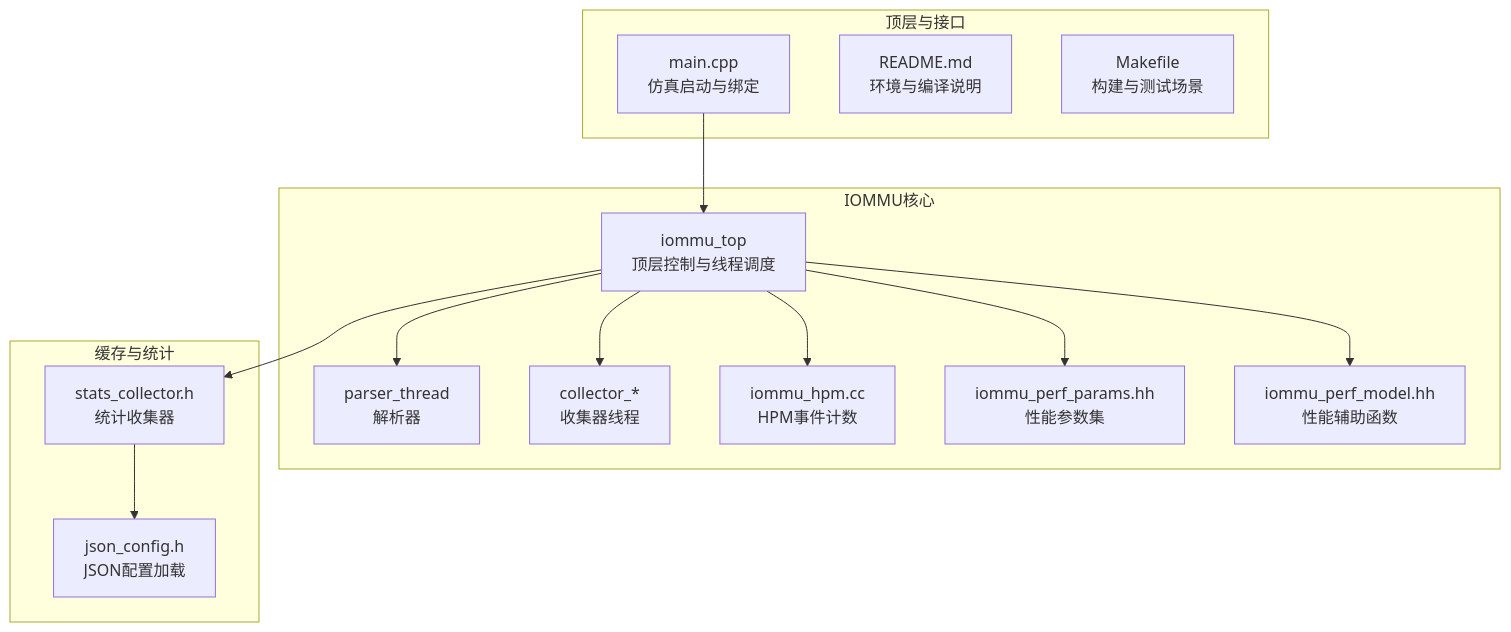
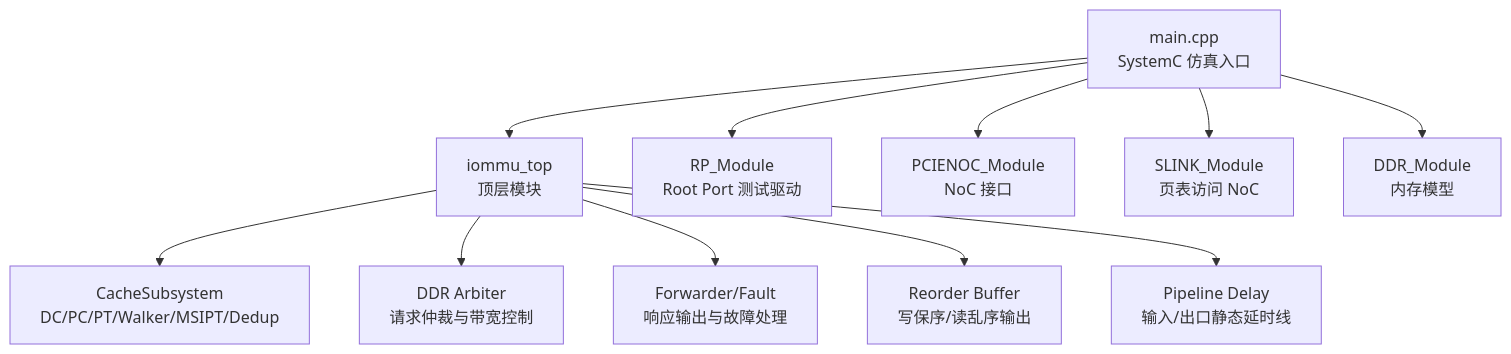
The first of 6 diagrams in .qoder/repowiki/zh/content/性能模型/性能分析工具.md (jiangjiang1122/iommu_model_20260401_v1), drawn with Mermaid before and after one commit. The commit also changed other lines of this file and 55 other files, not shown here.

First line of the commit message:
perf(iommu): 去重单元机制v2全场景落地 严格优先仲裁UPD>INS>REQ + UPDATE可变原子段

````diff
--- a/.qoder/repowiki/zh/content/性能模型/性能分析工具.md
+++ b/.qoder/repowiki/zh/content/性能模型/性能分析工具.md
@@ -63,28 +41,13 @@
 ```mermaid
 graph TB
-subgraph "顶层与接口"
-MAIN["main.cpp<br/>仿真启动与绑定"]
-README["README.md<br/>环境与编译说明"]
-MK["Makefile<br/>构建与测试场景"]
-end
-subgraph "IOMMU核心"
-TOP["iommu_top<br/>顶层控制与线程调度"]
-PARSER["parser_thread<br/>解析器"]
-COL["collector_*<br/>收集器线程"]
-HPM["iommu_hpm.cc<br/>HPM事件计数"]
-PARAMS["iommu_perf_params.hh<br/>性能参数集"]
-PERFDEF["iommu_perf_model.hh<br/>性能辅助函数"]
-end
-subgraph "缓存与统计"
-STATS["stats_collector.h<br/>统计收集器"]
-JSONCFG["json_config.h<br/>JSON配置加载"]
-end
-MAIN --> TOP
-TOP --> PARSER
-TOP --> COL
-TOP --> HPM
-TOP --> PARAMS
-TOP --> PERFDEF
-TOP --> STATS
-STATS --> JSONCFG
+A["main.cpp<br/>SystemC 仿真入口"] --> B["iommu_top<br/>顶层模块"]
+B --> C["CacheSubsystem<br/>DC/PC/PT/Walker/MSIPT/Dedup"]
+B --> D["DDR Arbiter<br/>请求仲裁与带宽控制"]
+B --> E["Forwarder/Fault<br/>响应输出与故障处理"]
+B --> F["Reorder Buffer<br/>写保序/读乱序输出"]
+B --> G["Pipeline Delay<br/>输入/出口静态延时线"]
+A --> H["RP_Module<br/>Root Port 测试驱动"]
+A --> I["PCIENOC_Module<br/>NoC 接口"]
+A --> J["SLINK_Module<br/>页表访问 NoC"]
+A --> K["DDR_Module<br/>内存模型"]
 ```
````
